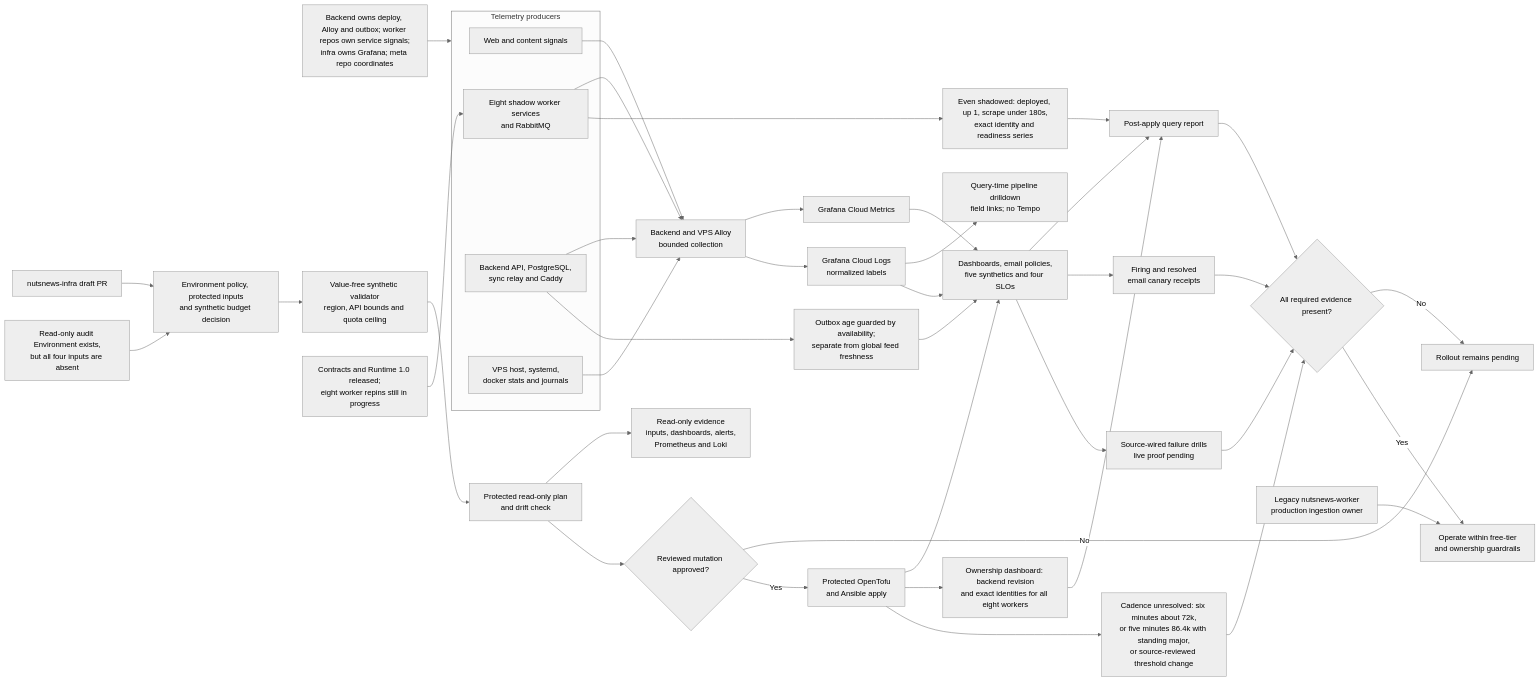
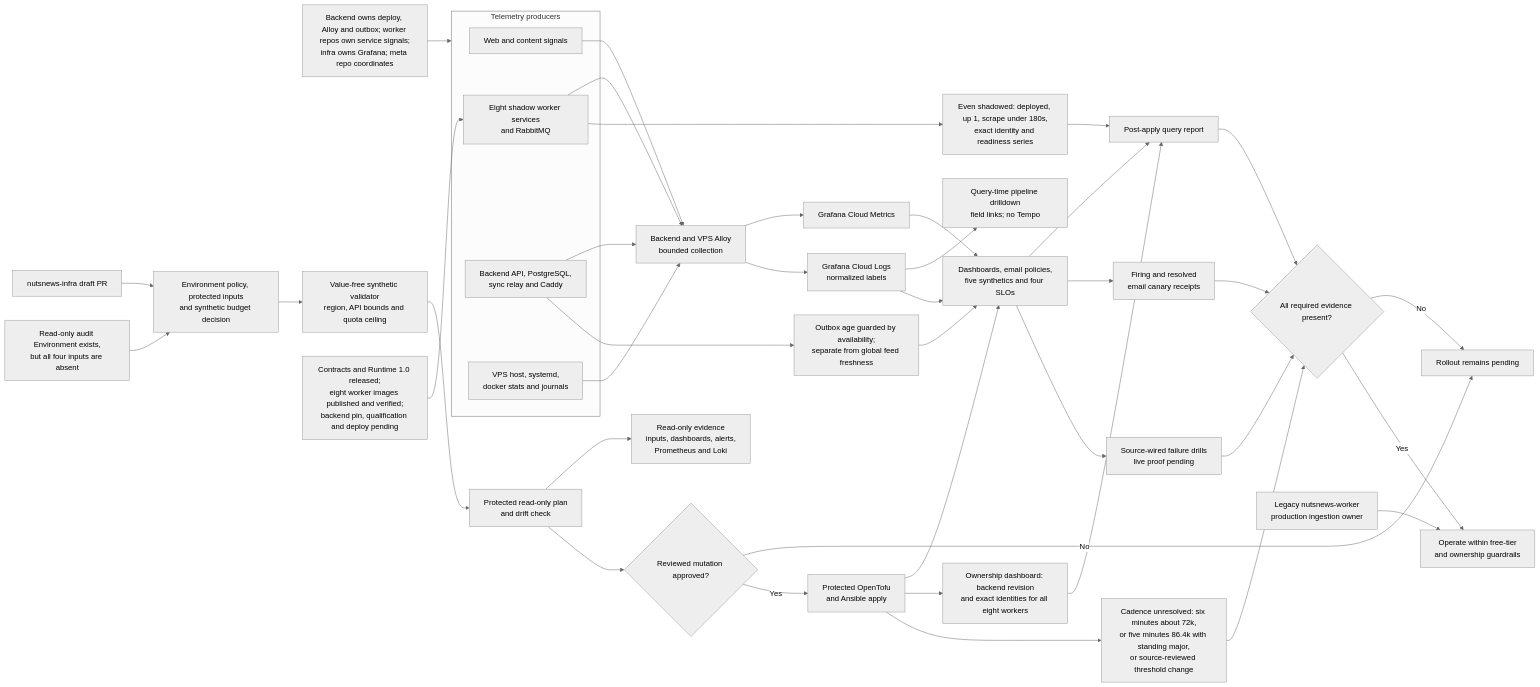
One commit to ramideltoro/nutsnews-docs changed the diagram in diagrams/NUTSNEWS_GRAFANA_CLOUD_OBSERVABILITY.mmd. Above: the diagram before and after it, drawn with Mermaid (neutral theme). The commit also changed 11 other files, not shown here.

```diff
--- a/diagrams/NUTSNEWS_GRAFANA_CLOUD_OBSERVABILITY.mmd
+++ b/diagrams/NUTSNEWS_GRAFANA_CLOUD_OBSERVABILITY.mmd
@@ -1,50 +1,50 @@
 flowchart LR
   accTitle: NutsNews Grafana Cloud observability hardening
   accDescr {
     Draft application, worker, backend, and VPS sources prepare bounded metrics and normalized
     logs. Protected inputs, Environment policy, the synthetic cadence choice, GitOps apply, and
     retained live evidence are all still required before the rollout is complete.
   }
   subgraph Producers["Telemetry producers"]
     Web["Web and content signals"]
     Workers["Eight shadow worker services\nand RabbitMQ"]
     Backend["Backend API, PostgreSQL,\nsync relay and Caddy"]
     VPS["VPS host, systemd,\ndocker stats and journals"]
   end
   Source["Backend owns deploy, Alloy and outbox; worker repos own service signals;\ninfra owns Grafana; meta repo coordinates"] --> Producers
   Web --> Alloy["Backend and VPS Alloy\nbounded collection"]
   Workers --> Alloy
   Backend --> Alloy
   VPS --> Alloy
   Alloy --> Metrics["Grafana Cloud Metrics"]
   Alloy --> Logs["Grafana Cloud Logs\nnormalized labels"]
   Logs --> Drilldown["Query-time pipeline drilldown\nfield links; no Tempo"]
   Infra["nutsnews-infra draft PR"] --> Prereq["Environment policy, protected inputs\nand synthetic budget decision"]
   Prereq --> Validator["Value-free synthetic validator\nregion, API bounds and quota ceiling"]
   Validator --> Plan["Protected read-only plan\nand drift check"]
   Plan --> PlanEvidence["Read-only evidence\ninputs, dashboards, alerts,\nPrometheus and Loki"]
   Plan --> Review{"Reviewed mutation approved?"}
   Review -->|"No"| Pending
   Review -->|"Yes"| Apply["Protected OpenTofu\nand Ansible apply"]
   Apply --> Grafana["Dashboards, email policies,\nfive synthetics and four SLOs"]
   Apply --> Ownership["Ownership dashboard: backend revision\nand exact identities for all eight workers"]
   Apply --> Capacity["Cadence unresolved: six minutes about 72k,\nor five minutes 86.4k with standing major,\nor source-reviewed threshold change"]
   Metrics --> Grafana
   Logs --> Grafana
   Grafana --> Evidence["Post-apply query report"]
   Grafana --> Canary["Firing and resolved\nemail canary receipts"]
   Grafana --> Drills["Source-wired failure drills\nlive proof pending"]
   Workers --> Structural["Even shadowed: deployed, up 1, scrape under 180s,\nexact identity and readiness series"]
   Structural --> Evidence
   Backend --> Pressure["Outbox age guarded by availability;\nseparate from global feed freshness"]
   Pressure --> Grafana
   Ownership --> Evidence
   Evidence --> Ready{"All required evidence present?"}
   Canary --> Ready
   Drills --> Ready
   Capacity --> Ready
   Ready -->|"No"| Pending["Rollout remains pending"]
   Ready -->|"Yes"| Operate["Operate within free-tier\nand ownership guardrails"]
   Legacy["Legacy nutsnews-worker\nproduction ingestion owner"] --> Operate
-  Packages["Contracts and Runtime 1.0 released;\neight worker repins still in progress"] --> Workers
+  Packages["Contracts and Runtime 1.0 released;\neight worker images published and verified;\nbackend pin, qualification and deploy pending"] --> Workers
   Readonly["Read-only audit Environment exists,\nbut all four inputs are absent"] --> Prereq
```
